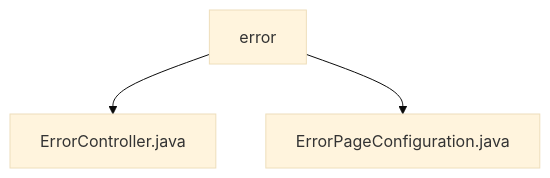
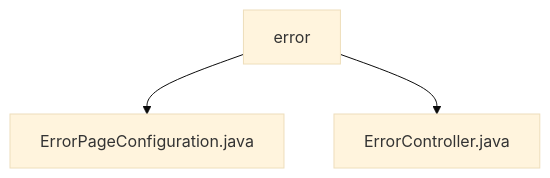
The diagram in docs/en/docs/src/main/java/com/github/binarywang/demo/wx/miniapp/error/_module.md (v-wjrong/imrrong_weixin-java-miniapp-demo), drawn with Mermaid (base theme) before and after one commit. The commit also changed other lines of this file and 51 other files, not shown here.

````diff
--- a/docs/en/docs/src/main/java/com/github/binarywang/demo/wx/miniapp/error/_module.md
+++ b/docs/en/docs/src/main/java/com/github/binarywang/demo/wx/miniapp/error/_module.md
@@ -22,5 +26,5 @@
 ```mermaid
 graph TD
+    error --> ErrorPageConfiguration.java
     error --> ErrorController.java
-    error --> ErrorPageConfiguration.java
 ```
````
